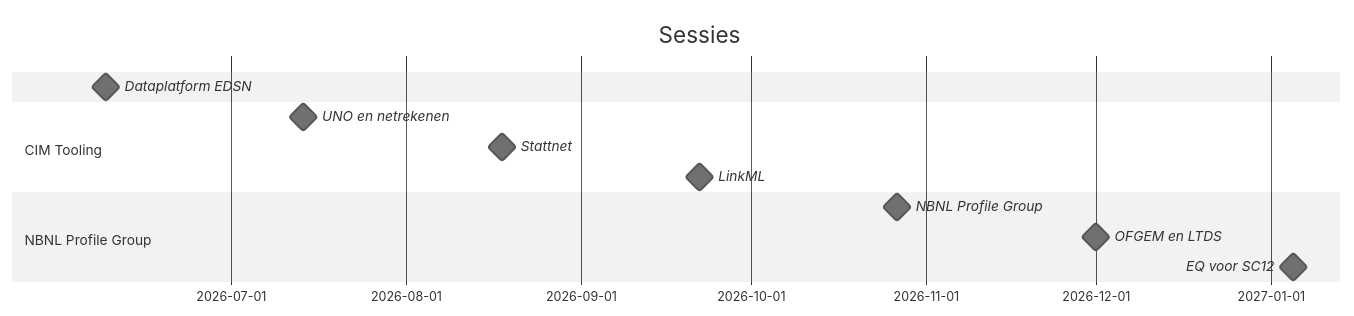
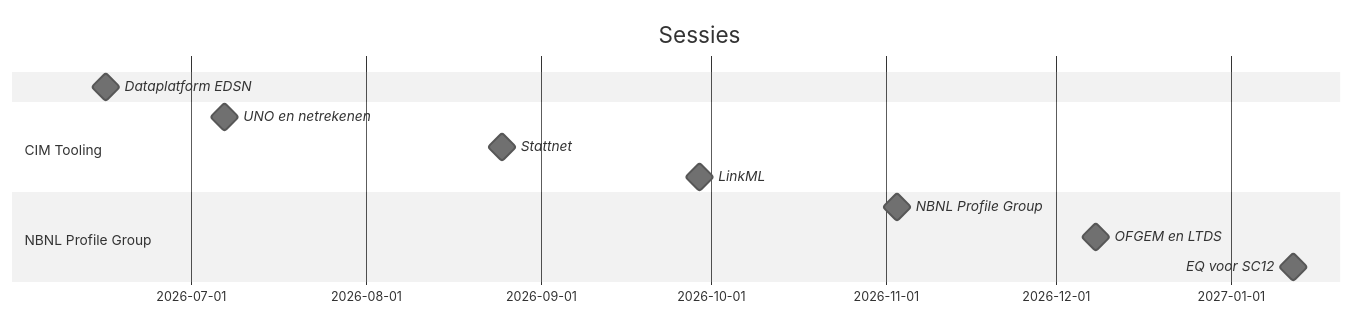
Before and after one commit to Netbeheer-Nederland/presentations: the second of 2 diagrams in src/nbnl-cim-cop-20260505/index.adoc, drawn with Mermaid. The commit also changed other lines of this file, not shown here.

Commit message:
Update presentation.

```diff
--- a/src/nbnl-cim-cop-20260505/index.adoc
+++ b/src/nbnl-cim-cop-20260505/index.adoc
@@ -131,20 +131,20 @@
 [mermaid]
 ----
 %%{init: {"theme":"neutral"}}%%
 gantt
     title Sessies
     dateFormat  YYYY-MM-DD
     axisFormat  %Y-%m-%d
 
-    Dataplatform EDSN        : milestone, 2026-06-09, 0d
+    Dataplatform EDSN        : milestone, 2026-06-16, 0d
 
     section CIM Tooling
-    UNO en netrekenen        : milestone, 2026-07-14, 0d
-    Stattnet                 : milestone, 2026-08-18, 0d
-    LinkML                   : milestone, 2026-09-22, 0d
+    UNO en netrekenen        : milestone, 2026-07-07, 0d
+    Stattnet                 : milestone, 2026-08-25, 0d
+    LinkML                   : milestone, 2026-09-29, 0d
 
     section NBNL Profile Group
-    NBNL Profile Group       : milestone, 2026-10-27, 0d
-    OFGEM en LTDS            : milestone, 2026-12-01, 0d
-    EQ voor SC12             : milestone, 2027-01-05, 0d
+    NBNL Profile Group       : milestone, 2026-11-03, 0d
+    OFGEM en LTDS            : milestone, 2026-12-08, 0d
+    EQ voor SC12             : milestone, 2027-01-12, 0d
 ----
```
